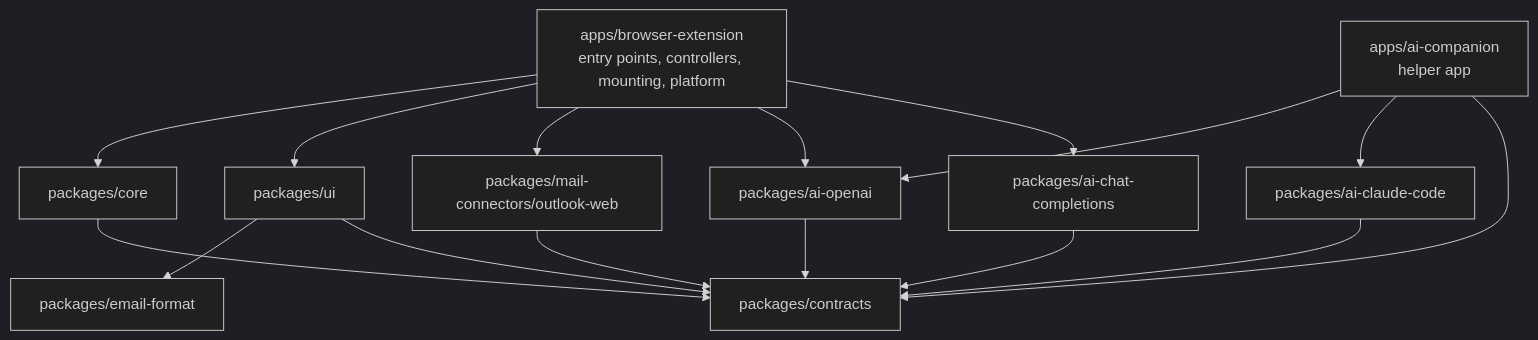
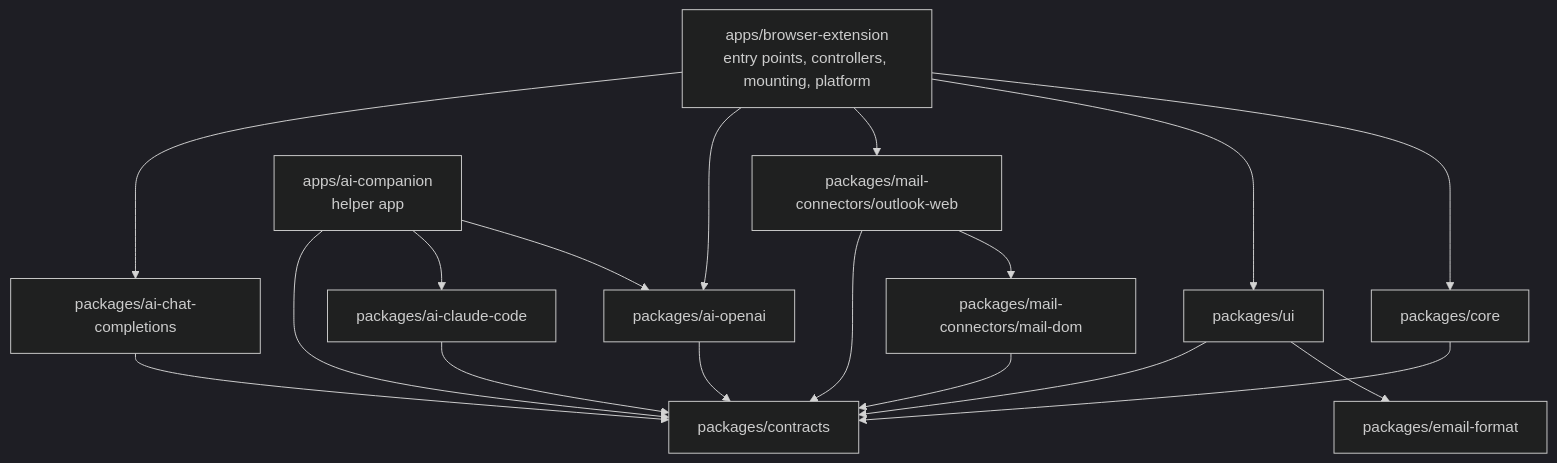
The diagram in docs/DEVELOPMENT.md (dervisgenc/email-writer), drawn with Mermaid (dark theme) before and after one commit. The commit also changed other lines of this file and 39 other files, not shown here.

First line of the commit message:
refactor: share the web mail connector building blocks in mail-dom

````diff
--- a/docs/DEVELOPMENT.md
+++ b/docs/DEVELOPMENT.md
@@ -96,18 +96,20 @@
 ```mermaid
 flowchart TD
     EXT[apps/browser-extension<br/>entry points, controllers, mounting, platform] --> CORE[packages/core]
     EXT --> UI[packages/ui]
     EXT --> MAIL[packages/mail-connectors/outlook-web]
+    MAIL --> DOM[packages/mail-connectors/mail-dom]
+    DOM --> CONTRACTS
     UI --> FORMAT[packages/email-format]
     CORE --> CONTRACTS[packages/contracts]
     UI --> CONTRACTS
     MAIL --> CONTRACTS
     EXT --> OPENAI
     EXT --> CHAT[packages/ai-chat-completions]
     HOST[apps/ai-companion<br/>helper app] --> OPENAI[packages/ai-openai]
     HOST --> CLAUDE[packages/ai-claude-code]
     HOST --> CONTRACTS
     OPENAI --> CONTRACTS
     CHAT --> CONTRACTS
     CLAUDE --> CONTRACTS
 ```
````
